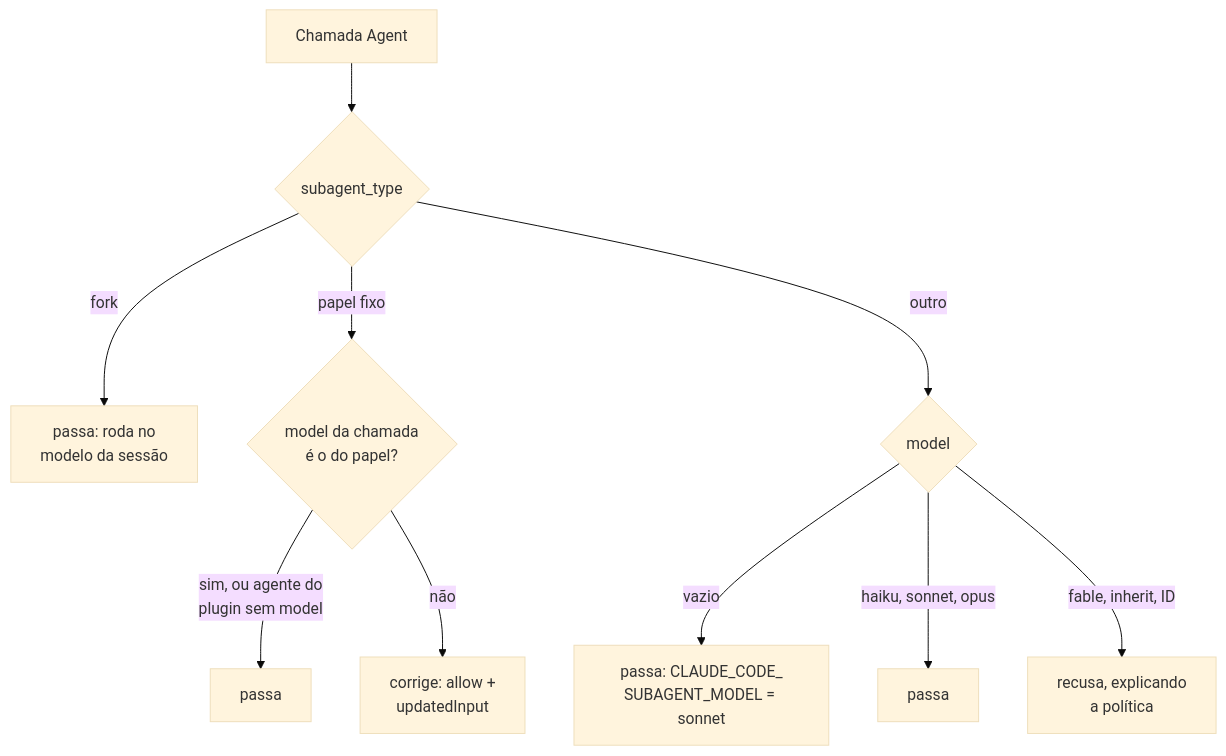
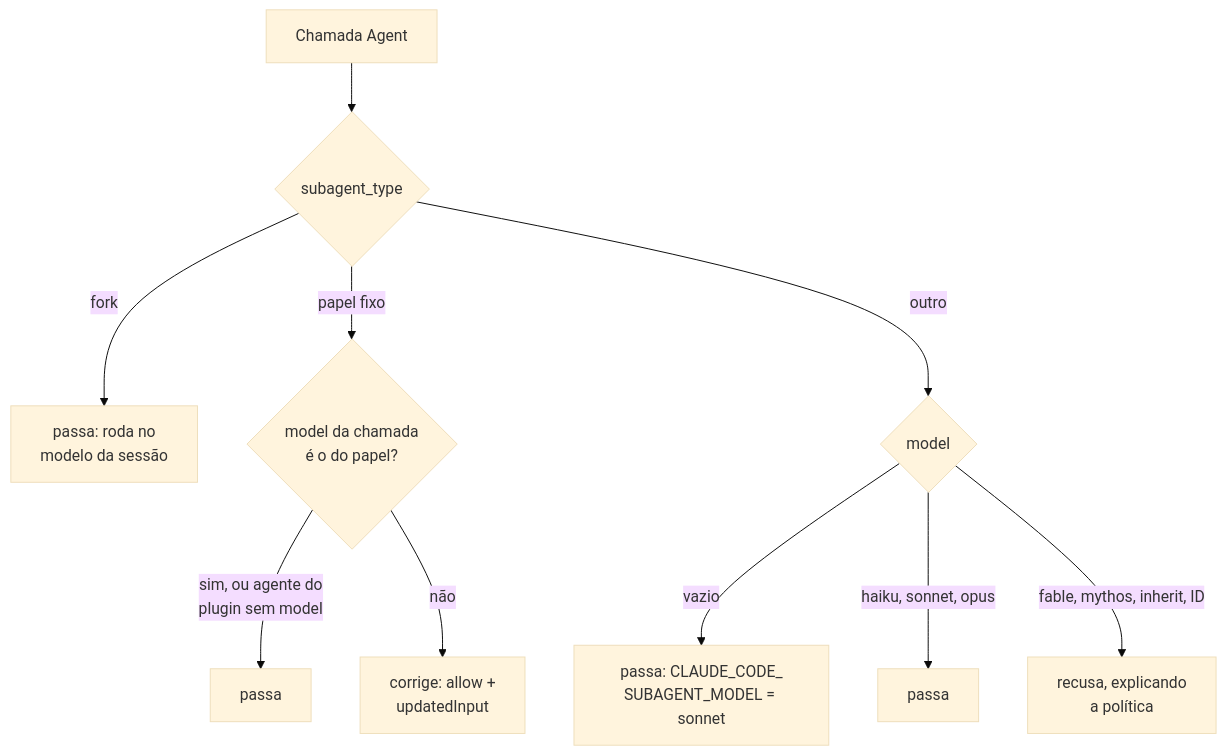
Before and after one commit to Kortek-Tecnologia/claude-padrao: the second of 5 diagrams in docs/como-funciona.md, drawn with Mermaid (base theme). The commit also changed other lines of this file and 11 other files, not shown here.

First line of the commit message:
padrao 2.11.0: Mythos 5.2 como degrau de escalada, ao lado do Fable 5.2

````diff
--- a/docs/como-funciona.md
+++ b/docs/como-funciona.md
@@ -122,12 +122,12 @@
 ```mermaid
 flowchart TD
   C["Chamada Agent"] --> T{"subagent_type"}
   T -->|"fork"| P0["passa: roda no<br/>modelo da sessão"]
   T -->|"papel fixo"| F{"model da chamada<br/>é o do papel?"}
   T -->|"outro"| M{"model"}
   F -->|"sim, ou agente do<br/>plugin sem model"| P1["passa"]
   F -->|"não"| COR["corrige: allow +<br/>updatedInput"]
   M -->|"vazio"| ENV["passa: CLAUDE_CODE_<br/>SUBAGENT_MODEL = sonnet"]
   M -->|"haiku, sonnet, opus"| P2["passa"]
-  M -->|"fable, inherit, ID"| REC["recusa, explicando<br/>a política"]
+  M -->|"fable, mythos, inherit, ID"| REC["recusa, explicando<br/>a política"]
 ```
````
